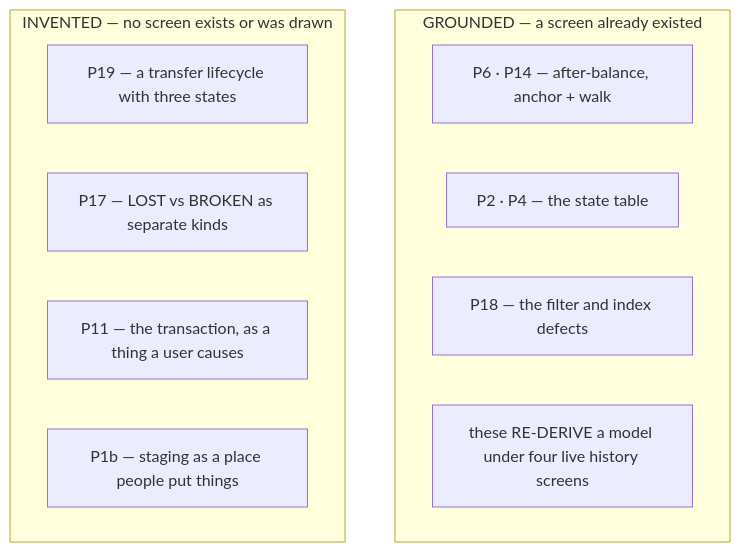
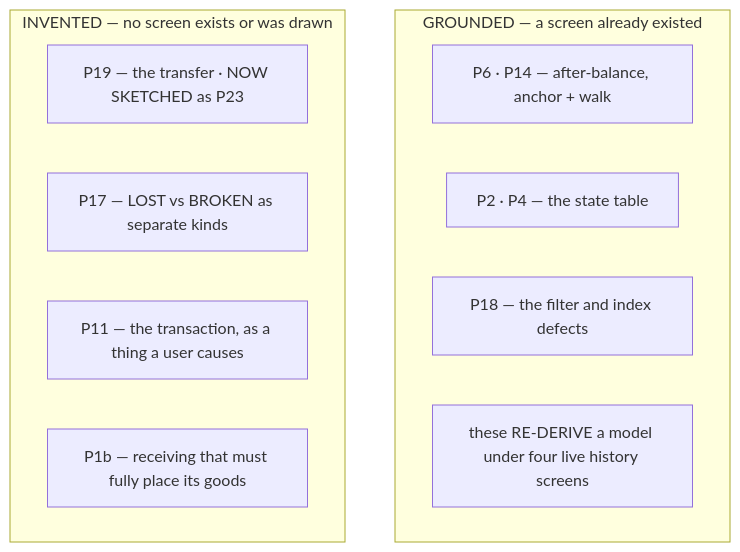
Diagram 32 of 34 in disscuss/architecture/stock_movement_log.md (pdcgo/warehouse_revamp), drawn with Mermaid before and after one commit. The commit also changed other lines of this file and 4 other files, not shown here.

````diff
--- a/disscuss/architecture/stock_movement_log.md
+++ b/disscuss/architecture/stock_movement_log.md
@@ -1459,15 +1612,15 @@
 ```mermaid
 flowchart TD
   subgraph OK["GROUNDED — a screen already existed"]
     G1["P6 · P14 — after-balance, anchor + walk"]
     G2["P2 · P4 — the state table"]
     G3["P18 — the filter and index defects"]
     G4["these RE-DERIVE a model under four live history screens"]
   end
   subgraph BAD["INVENTED — no screen exists or was drawn"]
-    B1["P19 — a transfer lifecycle with three states"]
+    B1["P19 — the transfer · NOW SKETCHED as P23"]
     B2["P17 — LOST vs BROKEN as separate kinds"]
     B3["P11 — the transaction, as a thing a user causes"]
-    B4["P1b — staging as a place people put things"]
+    B4["P1b — receiving that must fully place its goods"]
   end
 ```
````
